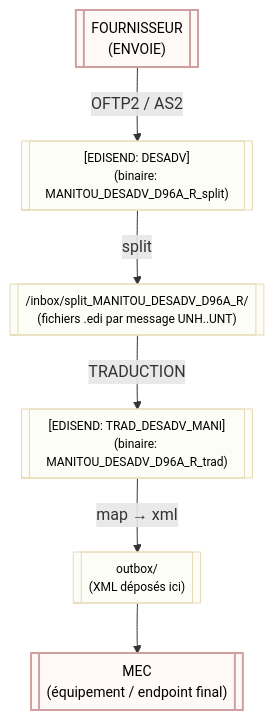
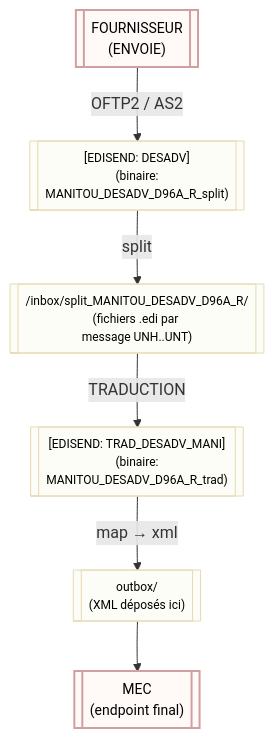
Before and after one commit to HMaPredell/visuel: the diagram in README.md, drawn with Mermaid.

````diff
--- a/README.md
+++ b/README.md
@@ -55,19 +55,19 @@
 ```mermaid
 flowchart TD
   %% Large blocks, vertical layout
   classDef bigBlock fill:#fffaf8,stroke:#d0a0a0,stroke-width:2px,color:#000,font-size:14px;
   classDef stepBlock fill:#fcfdf6,stroke:#e6d9b2,stroke-width:1px,color:#000,font-size:12px;
 
    FOURNISSEUR[["FOURNISSEUR<br/>(ENVOIE)<br/>"]]:::bigBlock
-   EDISEND_SPLIT[["[EDISEND: DESADV]<br/>(binaire: MANITOU_DESADV_D96A_R_split)<br/>"]]:::stepBlock
-  SPLIT_DIR[["/inbox/split_MANITOU_DESADV_D96A_R/<br/>(fichiers .edi par message UNH..UNT)"]]:::stepBlock
-   EDISEND_TRAD[["[EDISEND: TRAD_DESADV_MANI]<br/>(binaire: MANITOU_DESADV_D96A_R_trad)<br/>"]]:::stepBlock
+   EDISEND_SPLIT[["[EDISEND: DESADV]<br/>(binaire: <br/>MANITOU_DESADV_D96A_R_split)<br/>"]]:::stepBlock
+  SPLIT_DIR[["/inbox/split_MANITOU_DESADV_D96A_R/<br/>(fichiers .edi par <br/>message UNH..UNT)"]]:::stepBlock
+   EDISEND_TRAD[["[EDISEND: TRAD_DESADV_MANI]<br/>(binaire: <br/>MANITOU_DESADV_D96A_R_trad)<br/>"]]:::stepBlock
    OUTBOX[["outbox/<br/>(XML déposés ici)"]]:::stepBlock
-   MEC[["MEC<br/>(équipement / endpoint final)"]]:::bigBlock
+   MEC[["MEC<br/>(endpoint final)"]]:::bigBlock
 
   FOURNISSEUR -->|OFTP2 / AS2| EDISEND_SPLIT
   EDISEND_SPLIT -->|split| SPLIT_DIR
   SPLIT_DIR -->|TRADUCTION| EDISEND_TRAD
   EDISEND_TRAD -->|map → xml| OUTBOX
   OUTBOX --> MEC
 ```
````
